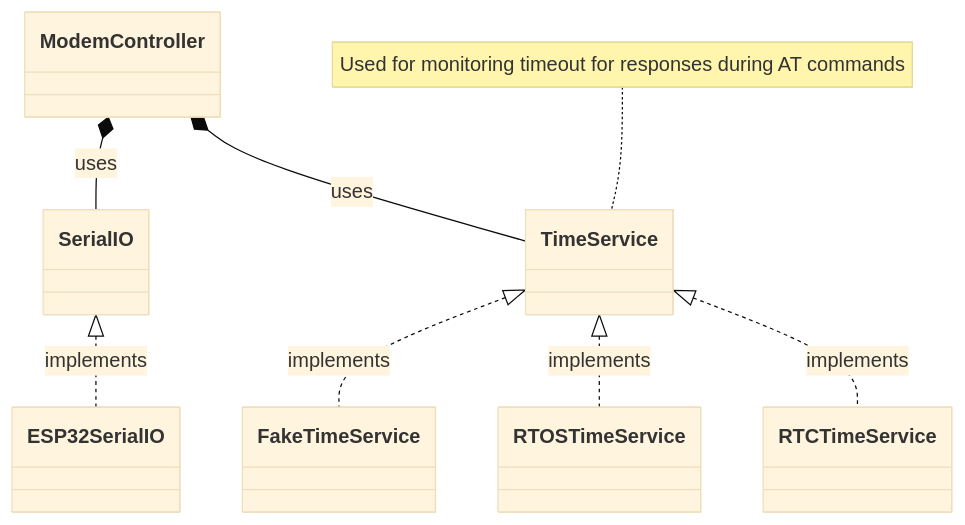
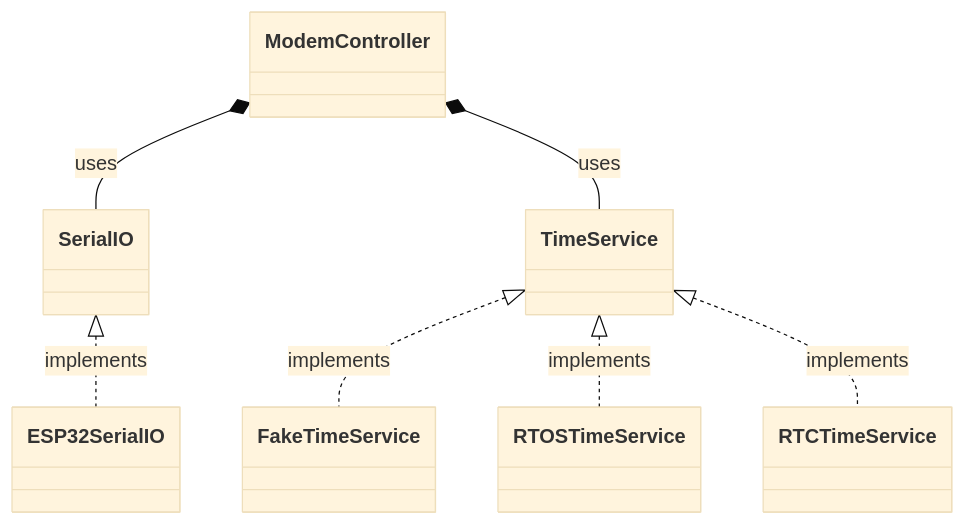
One commit to aungkhantmaw64/BC95Driver changed the diagram in README.md. Above: the diagram before and after it, drawn with Mermaid (base theme).

Commit message:
Fixes UML diagram error

````diff
--- a/README.md
+++ b/README.md
@@ -23,10 +23,9 @@
 ```mermaid
 classDiagram
     ModemController *-- SerialIO: uses
     SerialIO <|.. ESP32SerialIO: implements
     ModemController *-- TimeService: uses
     TimeService <|.. FakeTimeService: implements
     TimeService <|.. RTOSTimeService: implements
     TimeService <|.. RTCTimeService: implements
-    note for TimeService "Used for monitoring timeout for responses during AT commands"
 ```
````
